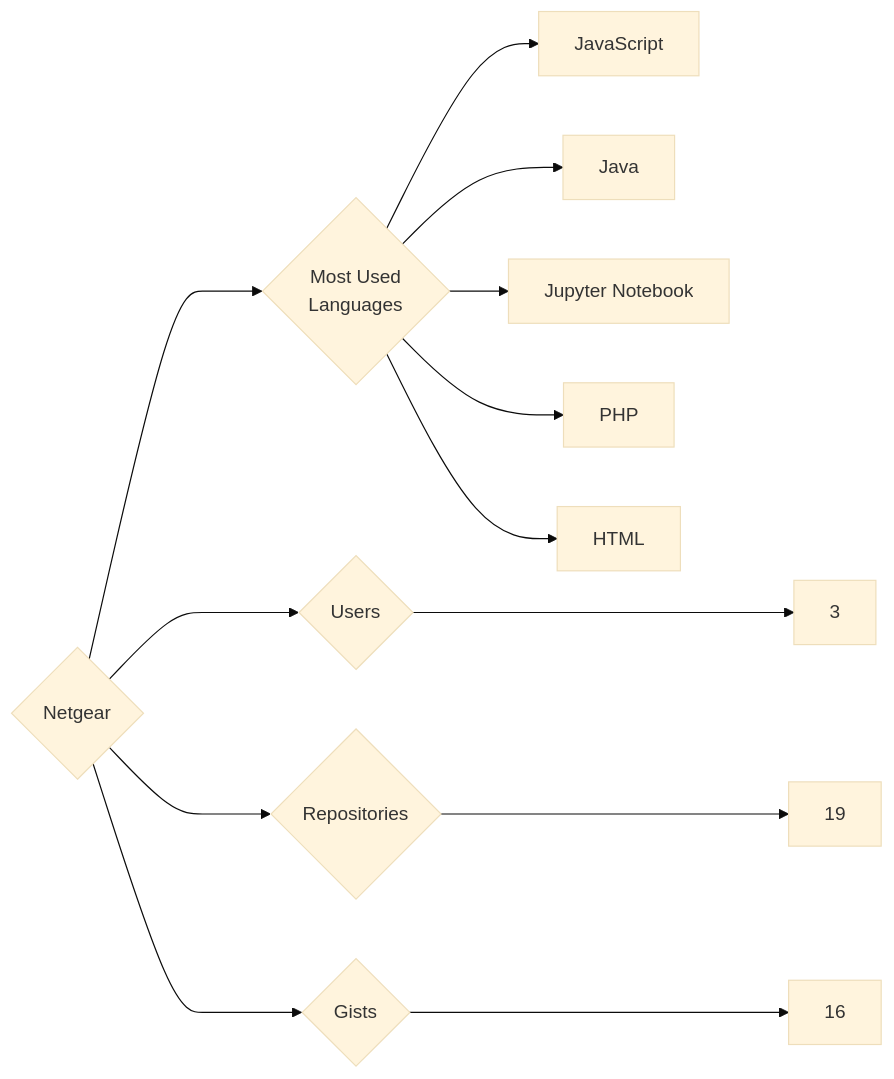
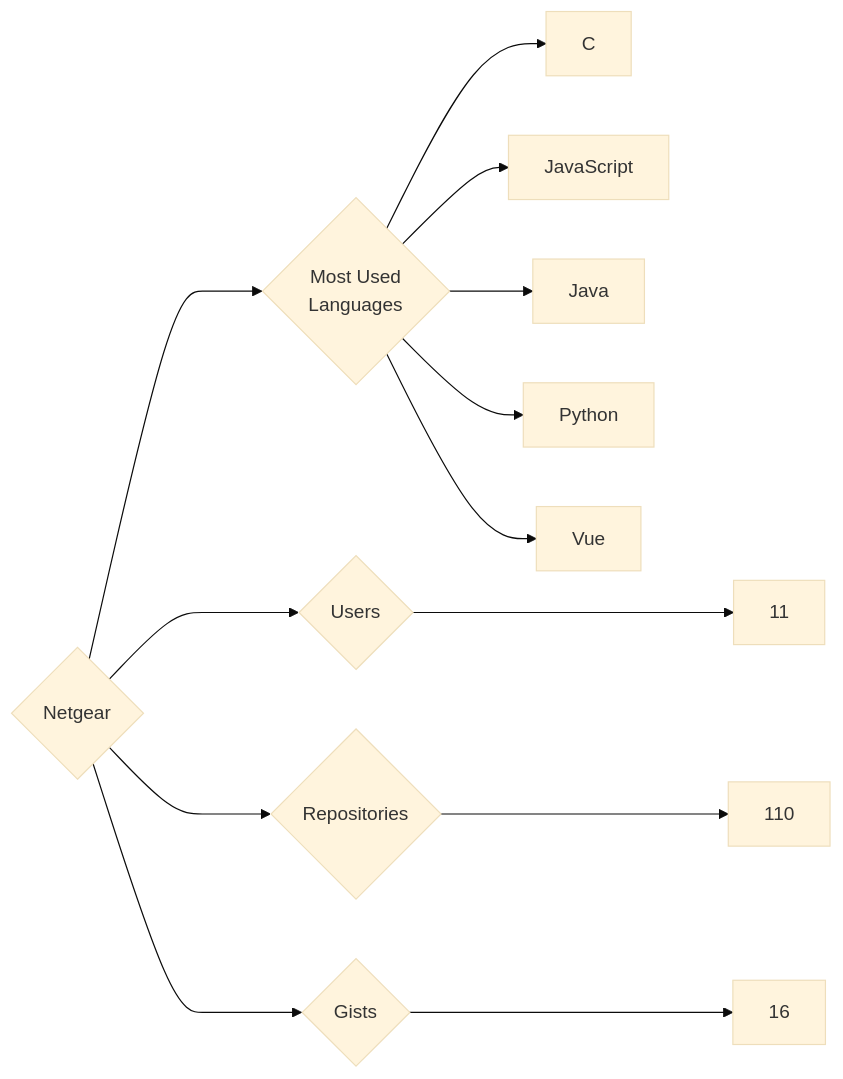
The diagram in targets/Netgear/README.md (trickest/insiders), drawn with Mermaid (base theme) before and after one commit. The commit also changed 770 other files, not shown here.

````diff
--- a/targets/Netgear/README.md
+++ b/targets/Netgear/README.md
@@ -3,13 +3,13 @@
 ```mermaid
 graph LR
 COMPANY_NAME{Netgear}
-COMPANY_NAME ---> U{Users} ---> UN[3]
-COMPANY_NAME ---> R{Repositories} ---> RN[19]
+COMPANY_NAME ---> U{Users} ---> UN[11]
+COMPANY_NAME ---> R{Repositories} ---> RN[110]
 COMPANY_NAME ---> G{Gists} ---> GN[16]
 COMPANY_NAME ---> ML{Most Used<br>Languages}
+ML --> C[C]
 ML --> JavaScript[JavaScript]
 ML --> Java[Java]
-ML --> Jupyter_Notebook[Jupyter Notebook]
-ML --> PHP[PHP]
-ML --> HTML[HTML]
+ML --> Python[Python]
+ML --> Vue[Vue]
 ```
````
